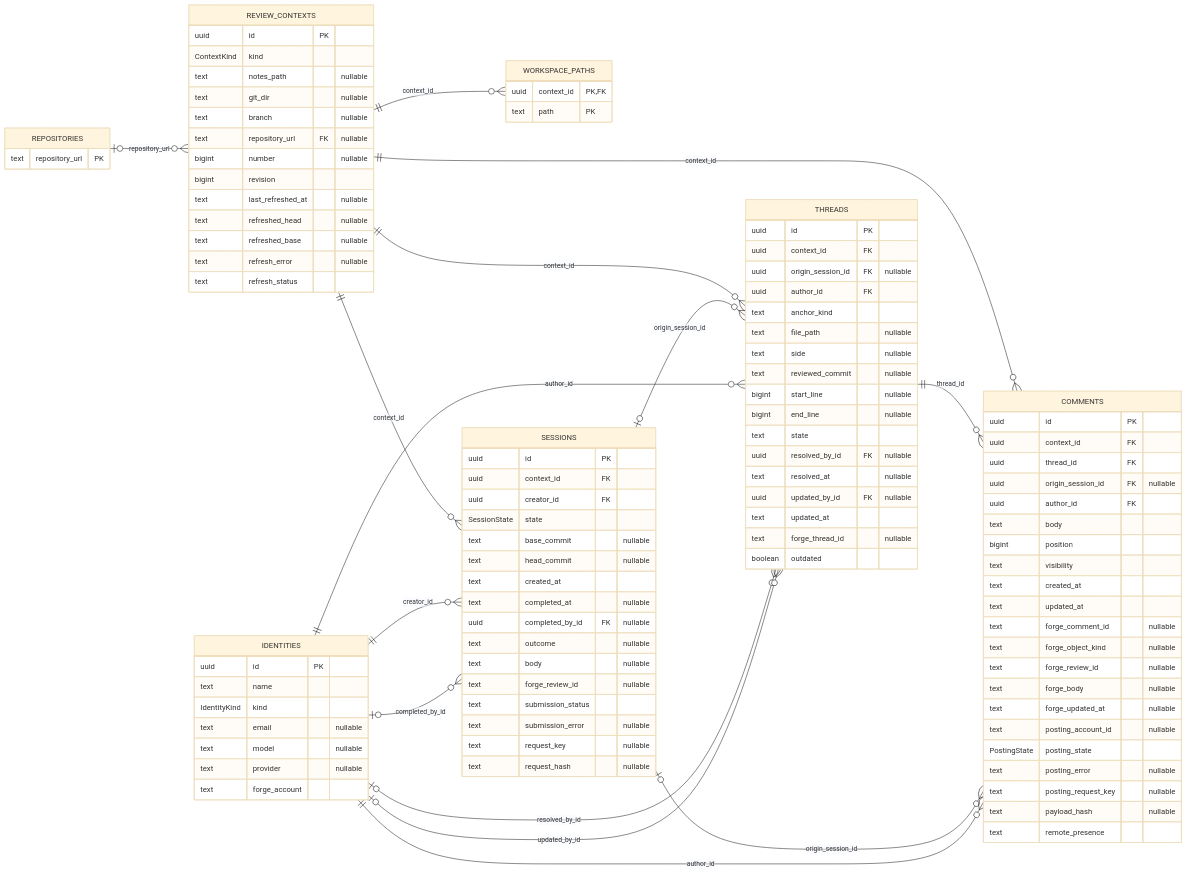
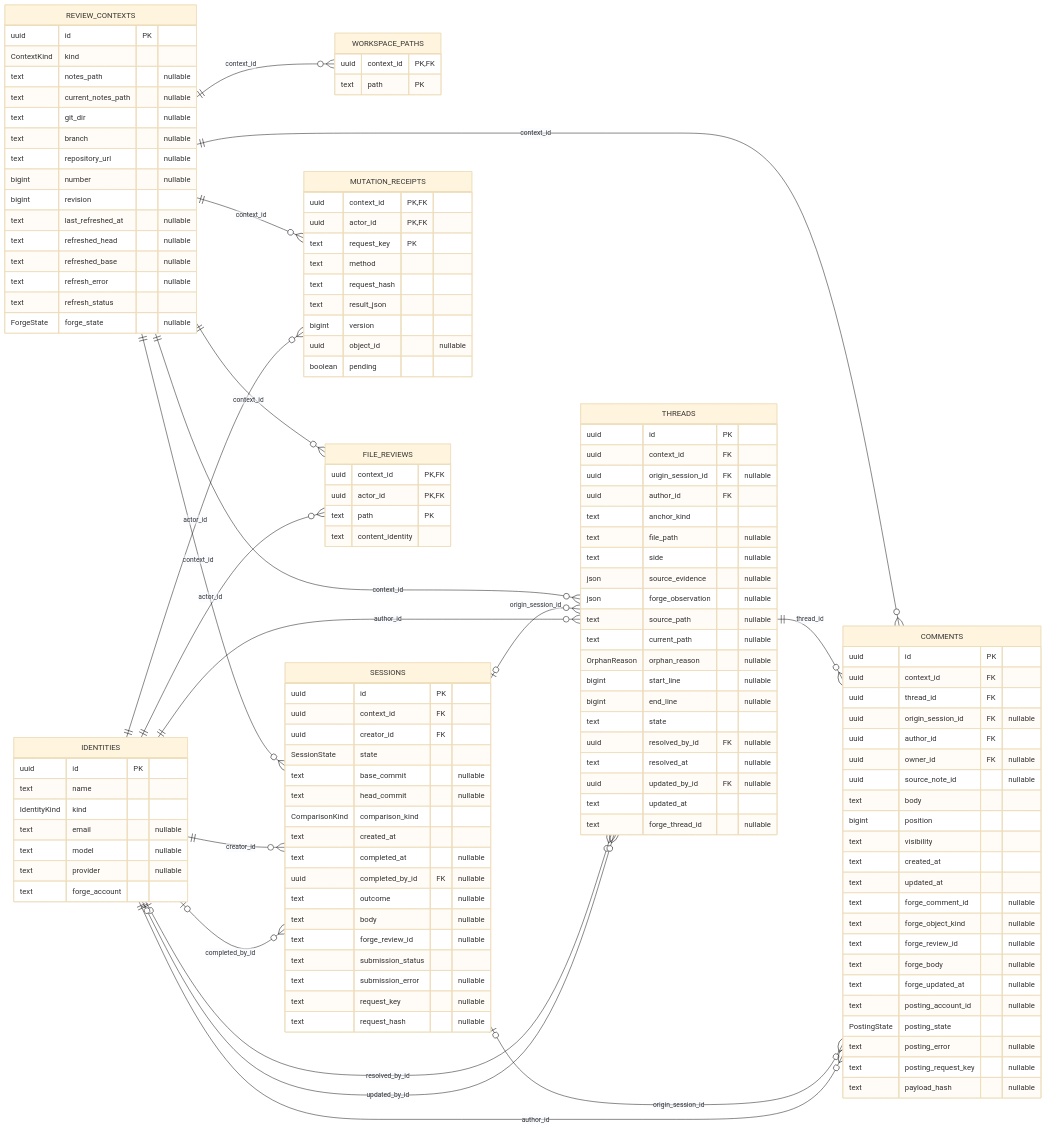
The third of 4 diagrams in docs/architecture/backend/index.md (difflab-io/lgtm), drawn with Mermaid (base theme) before and after one commit. The commit also changed other lines of this file and 207 other files, not shown here.

First line of the commit message:
feat(review): add local and GitHub reviews with Neovim

````diff
--- a/docs/architecture/backend/index.md
+++ b/docs/architecture/backend/index.md
@@ -108,16 +131,14 @@
 ```mermaid
 erDiagram
     direction LR
-    REPOSITORIES {
-        text repository_url PK
-    }
     REVIEW_CONTEXTS {
         uuid id PK
         ContextKind kind
         text notes_path "nullable"
+        text current_notes_path "nullable"
         text git_dir "nullable"
         text branch "nullable"
-        text repository_url FK "nullable"
+        text repository_url "nullable"
         bigint number "nullable"
         bigint revision
         text last_refreshed_at "nullable"
@@ -125,6 +146,7 @@
         text refreshed_base "nullable"
         text refresh_error "nullable"
         text refresh_status
+        ForgeState forge_state "nullable"
     }
     WORKSPACE_PATHS {
         uuid context_id PK,FK
@@ -146,6 +168,7 @@
         SessionState state
         text base_commit "nullable"
         text head_commit "nullable"
+        ComparisonKind comparison_kind
         text created_at
         text completed_at "nullable"
         uuid completed_by_id FK "nullable"
@@ -165,7 +188,11 @@
         text anchor_kind
         text file_path "nullable"
         text side "nullable"
-        text reviewed_commit "nullable"
+        json source_evidence "nullable"
+        json forge_observation "nullable"
+        text source_path "nullable"
+        text current_path "nullable"
+        OrphanReason orphan_reason "nullable"
         bigint start_line "nullable"
         bigint end_line "nullable"
         text state
@@ -174,7 +201,6 @@
         uuid updated_by_id FK "nullable"
         text updated_at
         text forge_thread_id "nullable"
-        boolean outdated
     }
     COMMENTS {
         uuid id PK
@@ -182,6 +208,8 @@
         uuid thread_id FK
         uuid origin_session_id FK "nullable"
         uuid author_id FK
+        uuid owner_id FK "nullable"
+        uuid source_note_id "nullable"
         text body
         bigint position
         text visibility
@@ -197,9 +225,28 @@
         text posting_error "nullable"
         text posting_request_key "nullable"
         text payload_hash "nullable"
-        text remote_presence
     }
-    REPOSITORIES |o--o{ REVIEW_CONTEXTS : repository_url
+    MUTATION_RECEIPTS {
+        uuid context_id PK,FK
+        uuid actor_id PK,FK
+        text request_key PK
+        text method
+        text request_hash
+        text result_json
+        bigint version
+        uuid object_id "nullable"
+        boolean pending
+    }
+    FILE_REVIEWS {
+        uuid context_id PK,FK
+        uuid actor_id PK,FK
+        text path PK
+        text content_identity
+    }
+    REVIEW_CONTEXTS ||--o{ MUTATION_RECEIPTS : context_id
+    IDENTITIES ||--o{ MUTATION_RECEIPTS : actor_id
+    REVIEW_CONTEXTS ||--o{ FILE_REVIEWS : context_id
+    IDENTITIES ||--o{ FILE_REVIEWS : actor_id
     REVIEW_CONTEXTS ||--o{ WORKSPACE_PATHS : context_id
     REVIEW_CONTEXTS ||--o{ SESSIONS : context_id
     REVIEW_CONTEXTS ||--o{ THREADS : context_id
````
